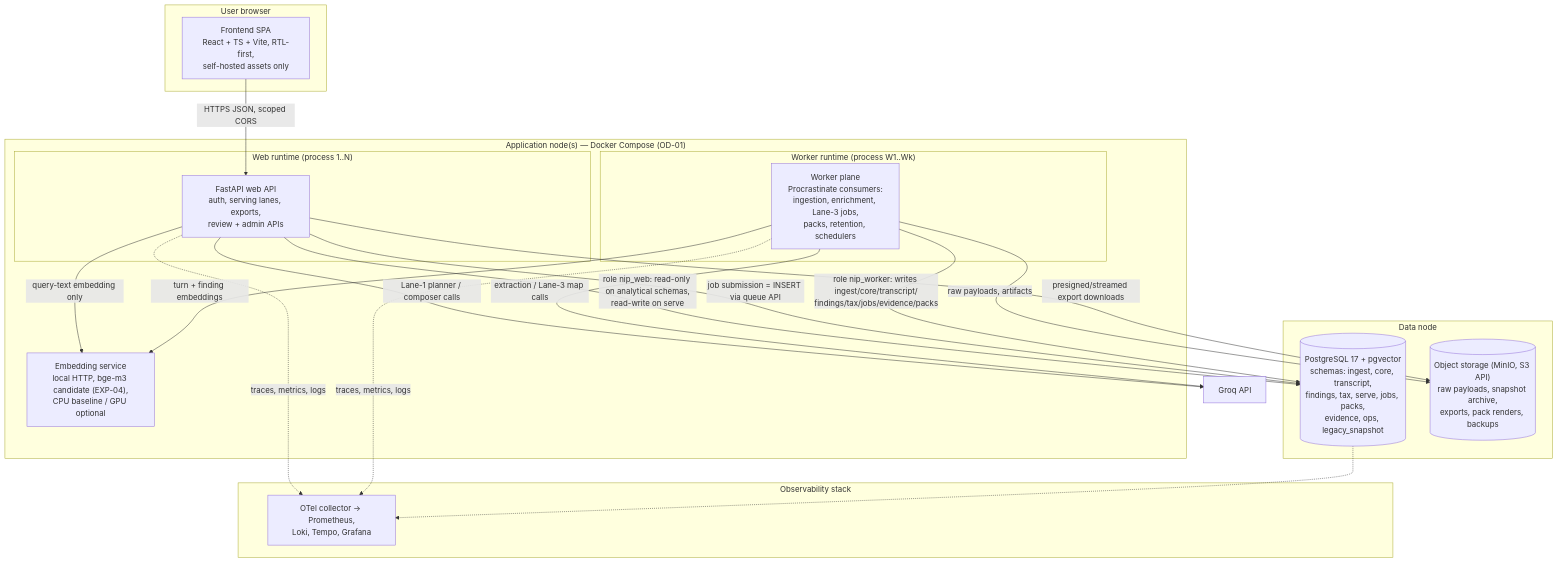
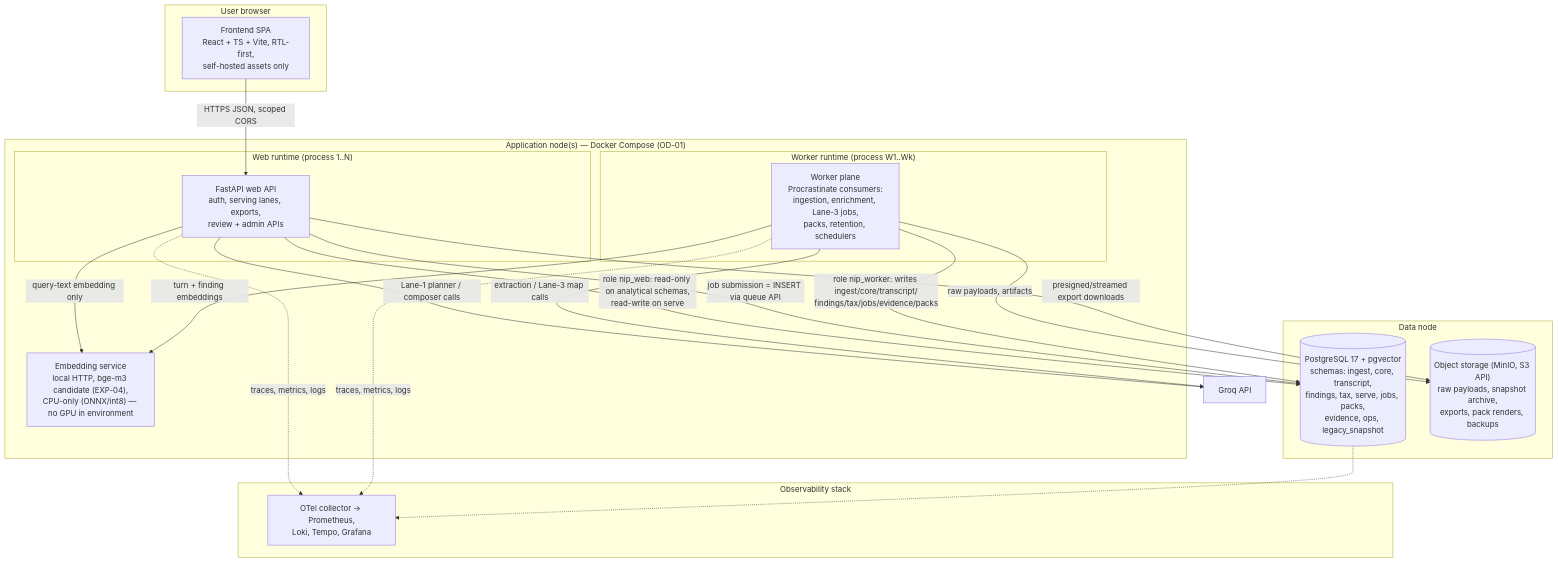
Before and after one commit to bader1366/ConsultationRevamp: the second of 4 diagrams in planning/new-advisory-intelligence-platform/07-target-architecture.md, drawn with Mermaid. The commit also changed other lines of this file and 10 other files, not shown here.

First line of the commit message:
Record owner decision 2026-08-03: CPU-only environment, Groq-only generative inference

````diff
--- a/planning/new-advisory-intelligence-platform/07-target-architecture.md
+++ b/planning/new-advisory-intelligence-platform/07-target-architecture.md
@@ -116,41 +116,41 @@
 ```mermaid
 flowchart TB
     subgraph browser["User browser"]
         SPA["Frontend SPA<br/>React + TS + Vite, RTL-first,<br/>self-hosted assets only"]
     end
 
     subgraph appnode["Application node(s) — Docker Compose (OD-01)"]
         subgraph webrt["Web runtime (process 1..N)"]
             API["FastAPI web API<br/>auth, serving lanes, exports,<br/>review + admin APIs"]
         end
         subgraph workrt["Worker runtime (process W1..Wk)"]
             WORKERS["Worker plane<br/>Procrastinate consumers:<br/>ingestion, enrichment, Lane-3 jobs,<br/>packs, retention, schedulers"]
         end
-        EMB["Embedding service<br/>local HTTP, bge-m3 candidate (EXP-04),<br/>CPU baseline / GPU optional"]
+        EMB["Embedding service<br/>local HTTP, bge-m3 candidate (EXP-04),<br/>CPU-only (ONNX/int8) — no GPU in environment"]
     end
 
     subgraph datanode["Data node"]
         PG[("PostgreSQL 17 + pgvector<br/>schemas: ingest, core, transcript,<br/>findings, tax, serve, jobs, packs,<br/>evidence, ops, legacy_snapshot")]
         S3[("Object storage (MinIO, S3 API)<br/>raw payloads, snapshot archive,<br/>exports, pack renders, backups")]
     end
 
     subgraph obs["Observability stack"]
         OTEL["OTel collector → Prometheus,<br/>Loki, Tempo, Grafana"]
     end
 
     SPA -->|"HTTPS JSON, scoped CORS"| API
     API -->|"role nip_web: read-only on analytical schemas,<br/>read-write on serve"| PG
     API -->|"job submission = INSERT via queue API"| PG
     API -->|"Lane-1 planner / composer calls"| GROQ2["Groq API"]
     API -->|"query-text embedding only"| EMB
 
     WORKERS -->|"role nip_worker: writes ingest/core/transcript/<br/>findings/tax/jobs/evidence/packs"| PG
     WORKERS -->|"extraction / Lane-3 map calls"| GROQ2
     WORKERS -->|"turn + finding embeddings"| EMB
     WORKERS -->|"raw payloads, artifacts"| S3
     API -->|"presigned/streamed export downloads"| S3
 
     API -.->|"traces, metrics, logs"| OTEL
     WORKERS -.->|"traces, metrics, logs"| OTEL
     PG -.-> OTEL
 ```
````
